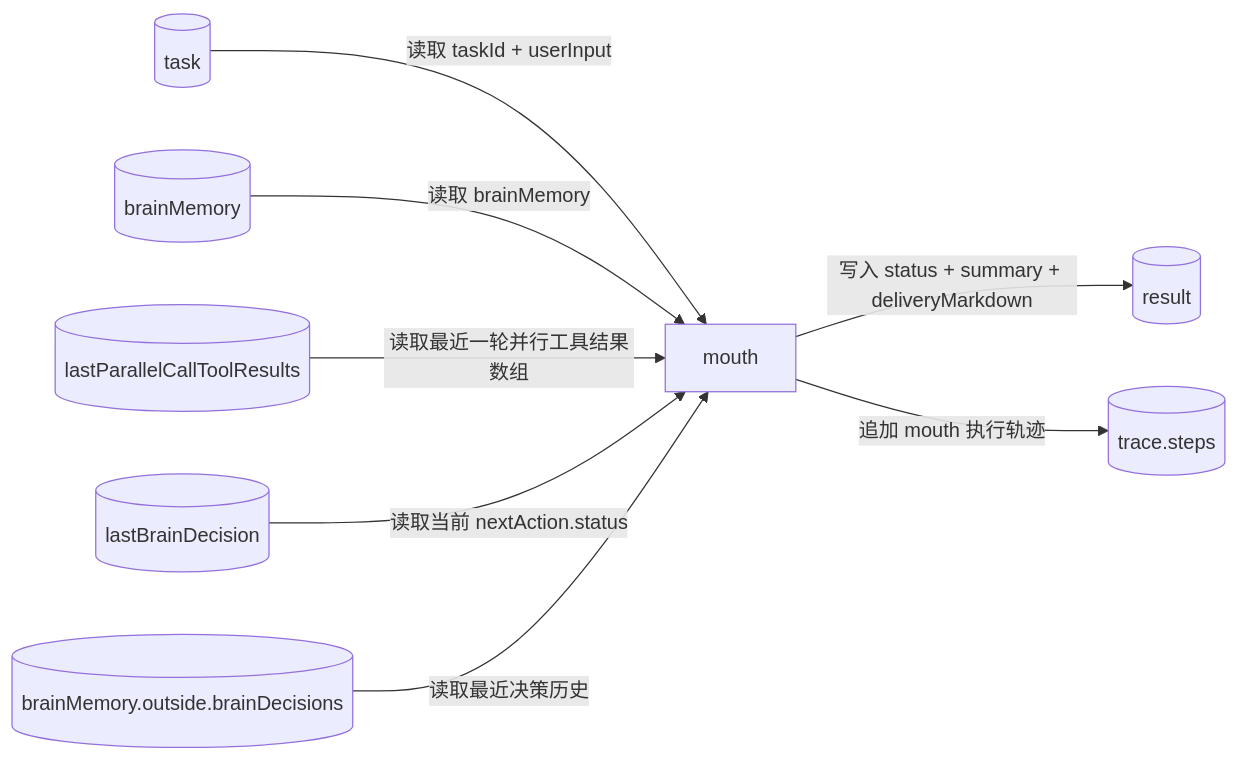
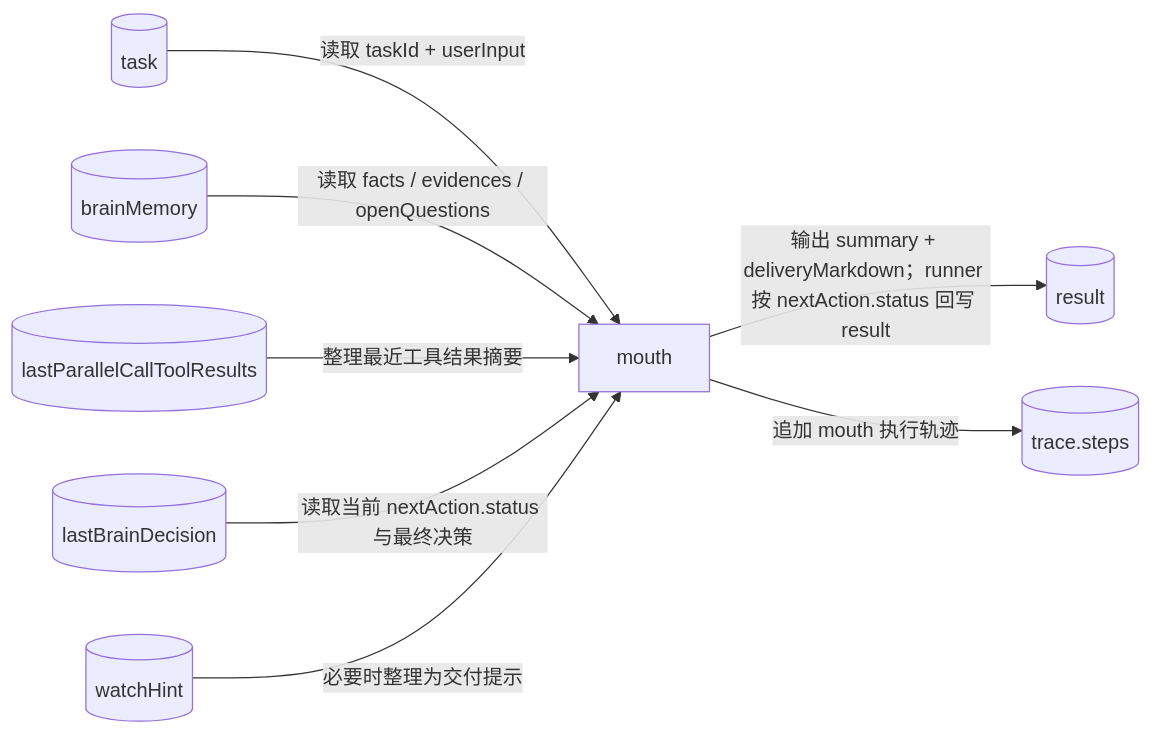
The sixth of 6 diagrams in doc/ai-design/data-definition-and-flow.md (Yoan98/Ncurator), drawn with Mermaid before and after one commit. The commit also changed other lines of this file and 3 other files, not shown here.

Commit message:
Refine AI design docs for mouth delivery flow

````diff
--- a/doc/ai-design/data-definition-and-flow.md
+++ b/doc/ai-design/data-definition-and-flow.md
@@ -420,19 +445,19 @@
 ```mermaid
 flowchart LR
     T[("task")]
     BM[("brainMemory")]
     LTR[("lastParallelCallToolResults")]
     LBD[("lastBrainDecision")]
-    BD[("brainMemory.outside.brainDecisions")]
+    WH[("watchHint")]
     M["mouth"]
     R[("result")]
     TR[("trace.steps")]
 
     T -->|读取 taskId + userInput| M
-    BM -->|读取 brainMemory| M
-    LTR -->|读取最近一轮并行工具结果数组| M
-    LBD -->|读取当前 nextAction.status| M
-    BD -->|读取最近决策历史| M
-    M -->|写入 status + summary + deliveryMarkdown| R
+    BM -->|读取 facts / evidences / openQuestions| M
+    LTR -->|整理最近工具结果摘要| M
+    LBD -->|读取当前 nextAction.status 与最终决策| M
+    WH -->|必要时整理为交付提示| M
+    M -->|输出 summary + deliveryMarkdown；runner 按 nextAction.status 回写 result| R
     M -->|追加 mouth 执行轨迹| TR
 ```
````
